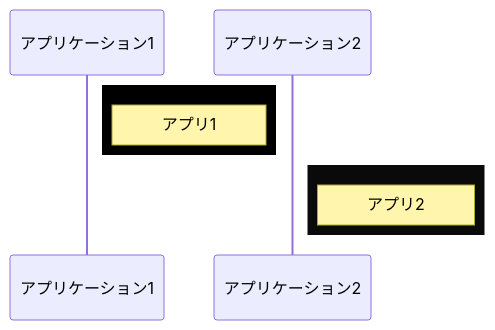
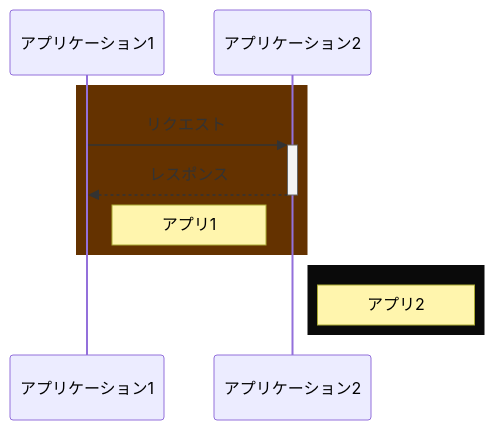
The diagram in README.MD (rubytomato/test_repo), drawn with Mermaid before and after one commit.

````diff
--- a/README.MD
+++ b/README.MD
@@ -3,11 +3,13 @@
 ```mermaid
 sequenceDiagram
   participant app1 as アプリケーション1
   participant app2 as アプリケーション2
-  rect rgb(0, 0, 0)
+  rect rgb(100, 50, 0)
+    app1->>+app2: リクエスト
+    app2-->>-app1: レスポンス
     Note right of app1: アプリ1
   end
   rect rgb(10,10,10)
     Note right of app2: アプリ2
   end
 ```
````
